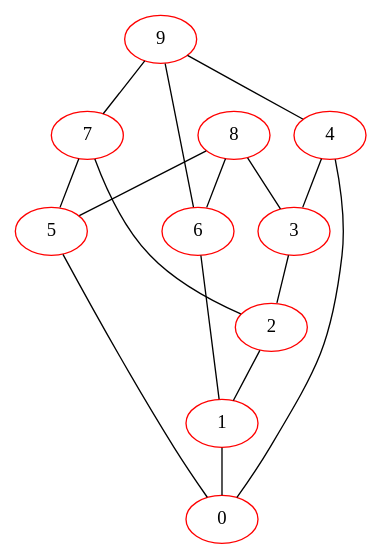
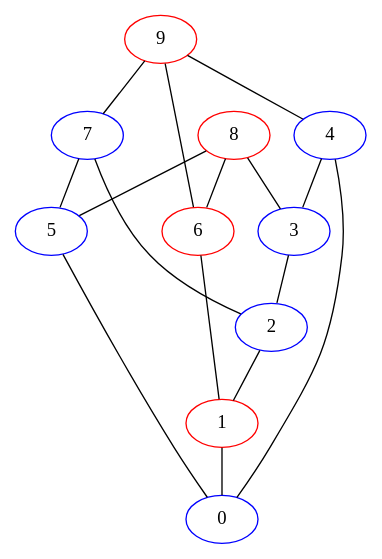
One commit to ChillyCoyote273/allBlue changed the diagram in graph.dot. Above: the diagram before and after it, drawn with Graphviz. The commit also changed 1 other file, not shown here.

```diff
--- a/graph.dot
+++ b/graph.dot
@@ -1,27 +1,27 @@
 digraph G {
-0 [color="red"]
+0 [color="blue"]
 1 [color="red"]
-2 [color="red"]
-3 [color="red"]
-4 [color="red"]
-5 [color="red"]
+2 [color="blue"]
+3 [color="blue"]
+4 [color="blue"]
+5 [color="blue"]
 6 [color="red"]
-7 [color="red"]
+7 [color="blue"]
 8 [color="red"]
 9 [color="red"]
 1 -> 0 [dir=none]
 2 -> 1 [dir=none]
 3 -> 2 [dir=none]
 4 -> 0 [dir=none]
 4 -> 3 [dir=none]
 5 -> 0 [dir=none]
 6 -> 1 [dir=none]
 7 -> 2 [dir=none]
 7 -> 5 [dir=none]
 8 -> 3 [dir=none]
 8 -> 5 [dir=none]
 8 -> 6 [dir=none]
 9 -> 4 [dir=none]
 9 -> 6 [dir=none]
 9 -> 7 [dir=none]
 }
```
